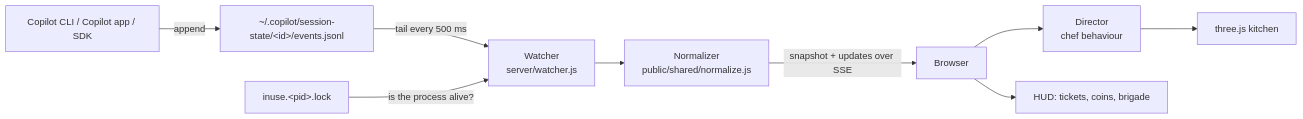
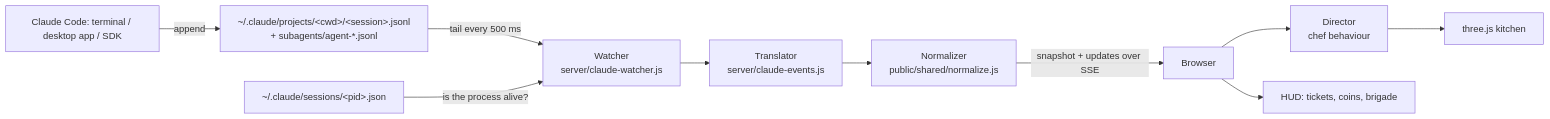
One commit to thezem/overcooked-claude changed the diagram in README.md. Above: the diagram before and after it, drawn with Mermaid. The commit also changed other lines of this file, not shown here.

First line of the commit message:
README: Claude Code only

````diff
--- a/README.md
+++ b/README.md
@@ -176,11 +171,12 @@
 ```mermaid
 flowchart LR
-  A["Copilot CLI / Copilot app / SDK"] -->|append| B["~/.copilot/session-state/&lt;id&gt;/events.jsonl"]
-  B -->|tail every 500 ms| C["Watcher<br/>server/watcher.js"]
-  L["inuse.&lt;pid&gt;.lock"] -->|is the process alive?| C
-  C --> D["Normalizer<br/>public/shared/normalize.js"]
+  A["Claude Code: terminal / desktop app / SDK"] -->|append| B["~/.claude/projects/&lt;cwd&gt;/&lt;session&gt;.jsonl<br/>+ subagents/agent-*.jsonl"]
+  B -->|tail every 500 ms| C["Watcher<br/>server/claude-watcher.js"]
+  L["~/.claude/sessions/&lt;pid&gt;.json"] -->|is the process alive?| C
+  C --> T["Translator<br/>server/claude-events.js"]
+  T --> D["Normalizer<br/>public/shared/normalize.js"]
   D -->|snapshot + updates over SSE| E["Browser"]
   E --> F["Director<br/>chef behaviour"]
   F --> G["three.js kitchen"]
   E --> H["HUD: tickets, coins, brigade"]
 ```
````
